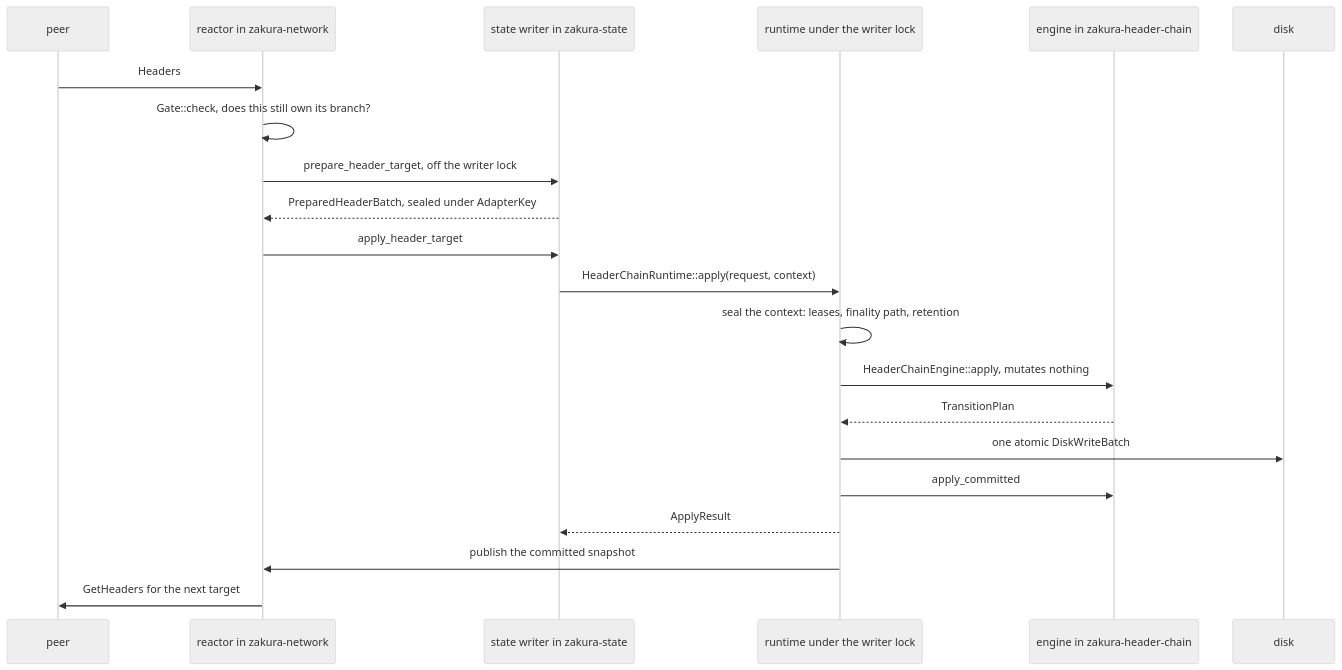
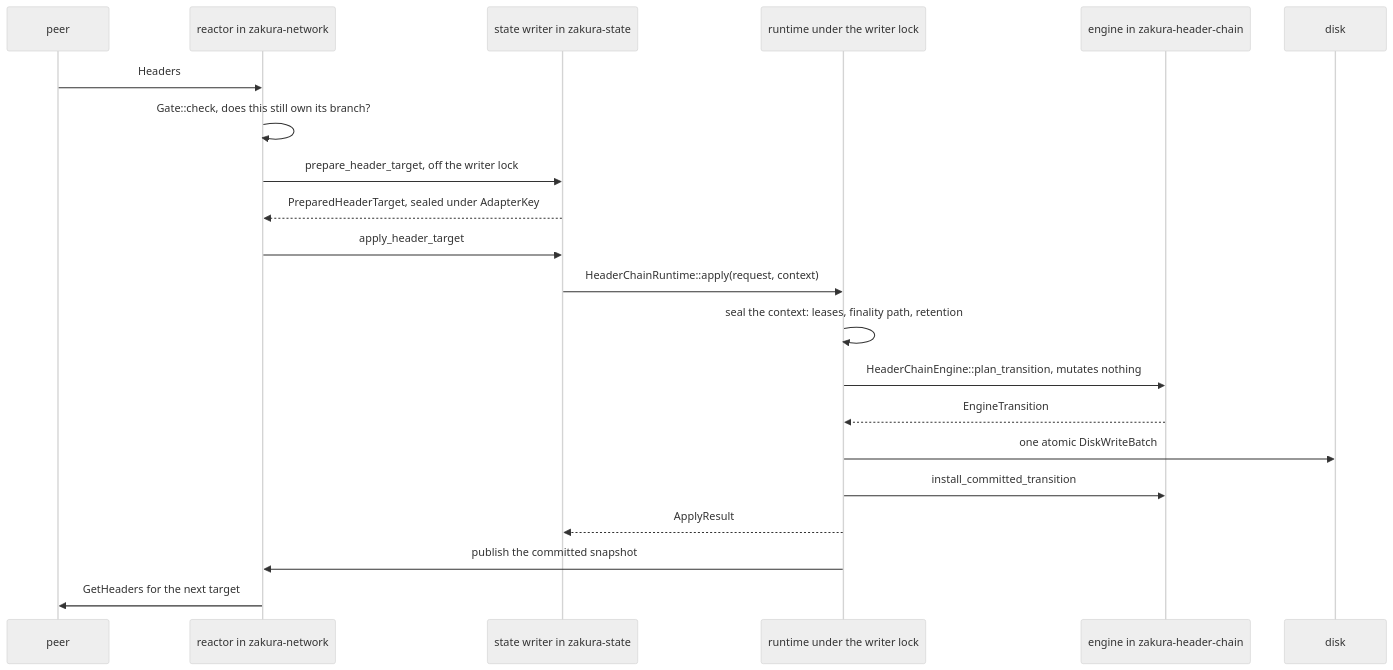
Before and after one commit to jonwalch/zakura: the diagram in docs/design/headerchain/request_lifecycle.md, drawn with Mermaid (neutral theme). The commit also changed other lines of this file, not shown here.

First line of the commit message:
docs(header-chain): follow the base branch through the engine renames

````diff
--- a/docs/design/headerchain/request_lifecycle.md
+++ b/docs/design/headerchain/request_lifecycle.md
@@ -39,23 +34,23 @@
 ```mermaid
 sequenceDiagram
   participant N as peer
   participant P as reactor in zakura-network
   participant W as state writer in zakura-state
   participant R as runtime under the writer lock
   participant E as engine in zakura-header-chain
   participant D as disk
   N->>P: Headers
   P->>P: Gate::check, does this still own its branch?
   P->>W: prepare_header_target, off the writer lock
-  W-->>P: PreparedHeaderBatch, sealed under AdapterKey
+  W-->>P: PreparedHeaderTarget, sealed under AdapterKey
   P->>W: apply_header_target
   W->>R: HeaderChainRuntime::apply(request, context)
   R->>R: seal the context: leases, finality path, retention
-  R->>E: HeaderChainEngine::apply, mutates nothing
-  E-->>R: TransitionPlan
+  R->>E: HeaderChainEngine::plan_transition, mutates nothing
+  E-->>R: EngineTransition
   R->>D: one atomic DiskWriteBatch
-  R->>E: apply_committed
+  R->>E: install_committed_transition
   R-->>W: ApplyResult
   R->>P: publish the committed snapshot
   P->>N: GetHeaders for the next target
 ```
````
